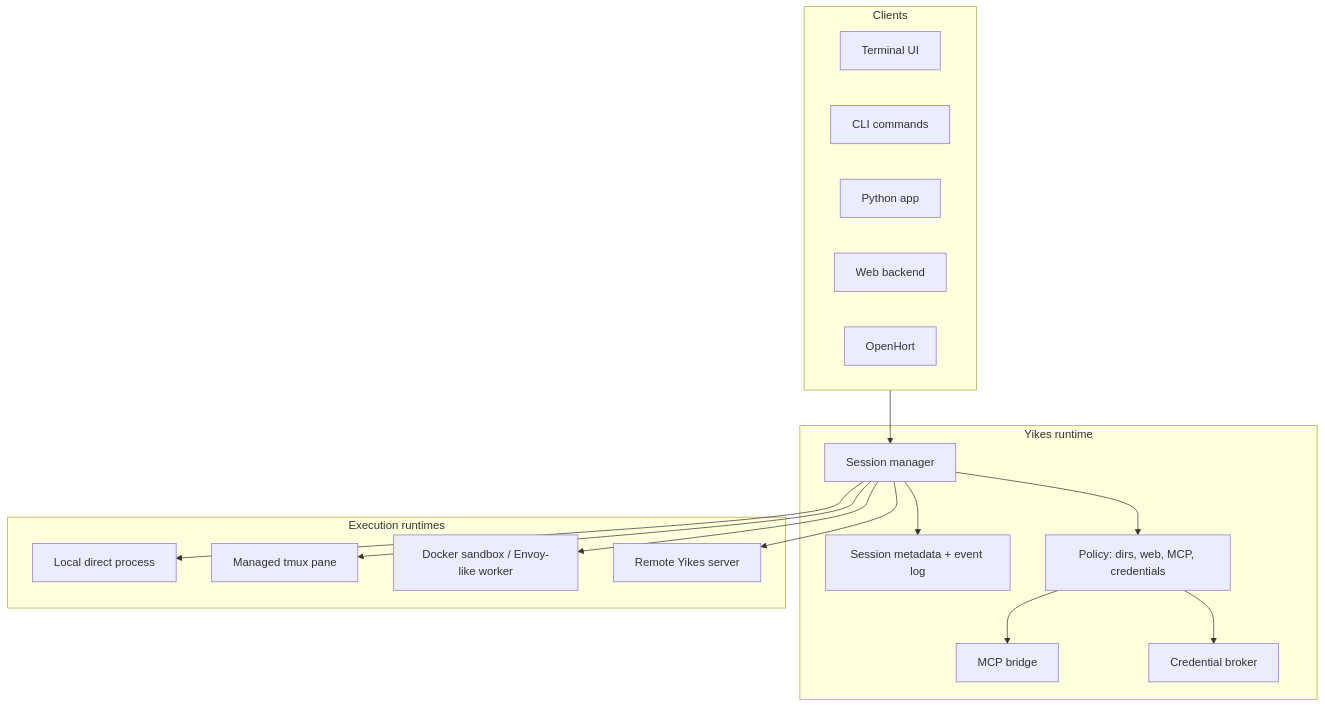
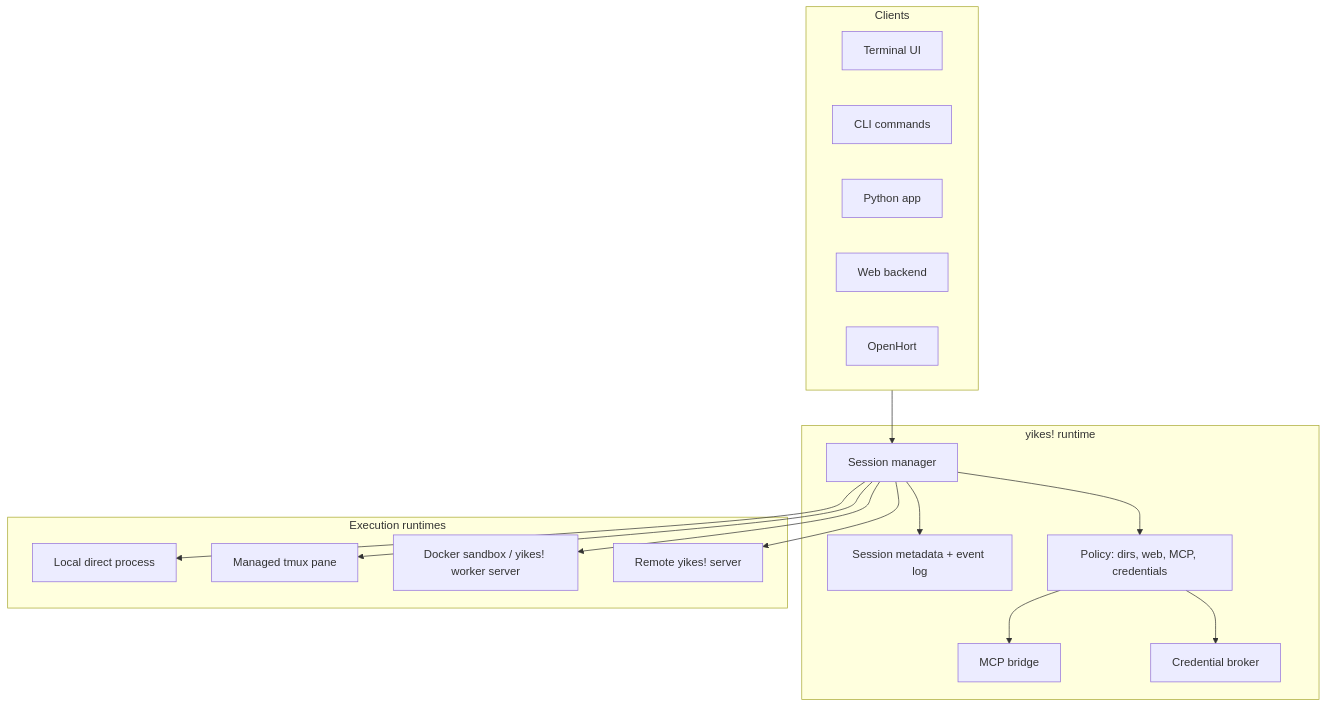
Before and after one commit to Alyxion/yikes: the diagram in docs/openhort-parity.md, drawn with Mermaid. The commit also changed other lines of this file and 36 other files, not shown here.

````diff
--- a/docs/openhort-parity.md
+++ b/docs/openhort-parity.md
@@ -42,35 +44,35 @@
 ```mermaid
 flowchart TB
     subgraph clients[Clients]
         tui[Terminal UI]
         cli[CLI commands]
         py[Python app]
         web[Web backend]
         oh[OpenHort]
     end
 
-    subgraph yikes[Yikes runtime]
+    subgraph yikes[yikes! runtime]
         mgr[Session manager]
         store[Session metadata + event log]
         policy[Policy: dirs, web, MCP, credentials]
         bridge[MCP bridge]
         broker[Credential broker]
     end
 
     subgraph runtimes[Execution runtimes]
         direct[Local direct process]
         tmux[Managed tmux pane]
-        docker[Docker sandbox / Envoy-like worker]
-        remote[Remote Yikes server]
+        docker[Docker sandbox / yikes! worker server]
+        remote[Remote yikes! server]
     end
 
     clients --> mgr
     mgr --> store
     mgr --> policy
     policy --> bridge
     policy --> broker
     mgr --> direct
     mgr --> tmux
     mgr --> docker
     mgr --> remote
 ```
````
